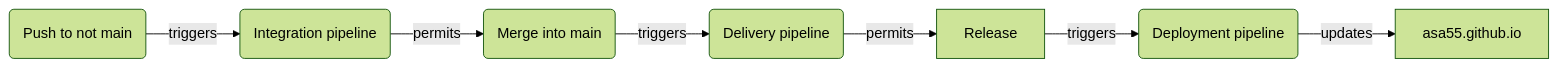
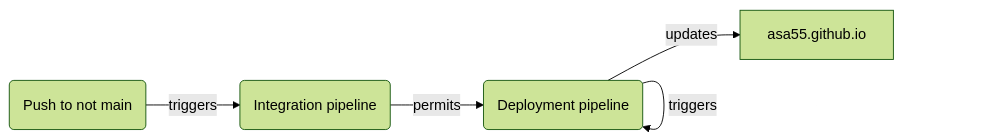
Before and after one commit to asa55/asa55.github.io: the second of 2 diagrams in .github/README.md, drawn with Mermaid (forest theme). The commit also changed 3 other files, not shown here.

````diff
--- a/.github/README.md
+++ b/.github/README.md
@@ -21,4 +21,4 @@
 ```mermaid
 flowchart LR
-    id1(Push to not main)-- triggers -->id2(Integration pipeline)-- permits -->id3(Merge into main)-- triggers -->id4(Delivery pipeline)-- permits -->Release-- triggers -->id6(Deployment pipeline)-- updates -->asa55.github.io
+    id1(Push to not main)-- triggers -->id2(Integration pipeline)-- permits -->id3(Merge into main)-- triggers -->id3(Deployment pipeline)-- updates -->asa55.github.io
 ```
````
